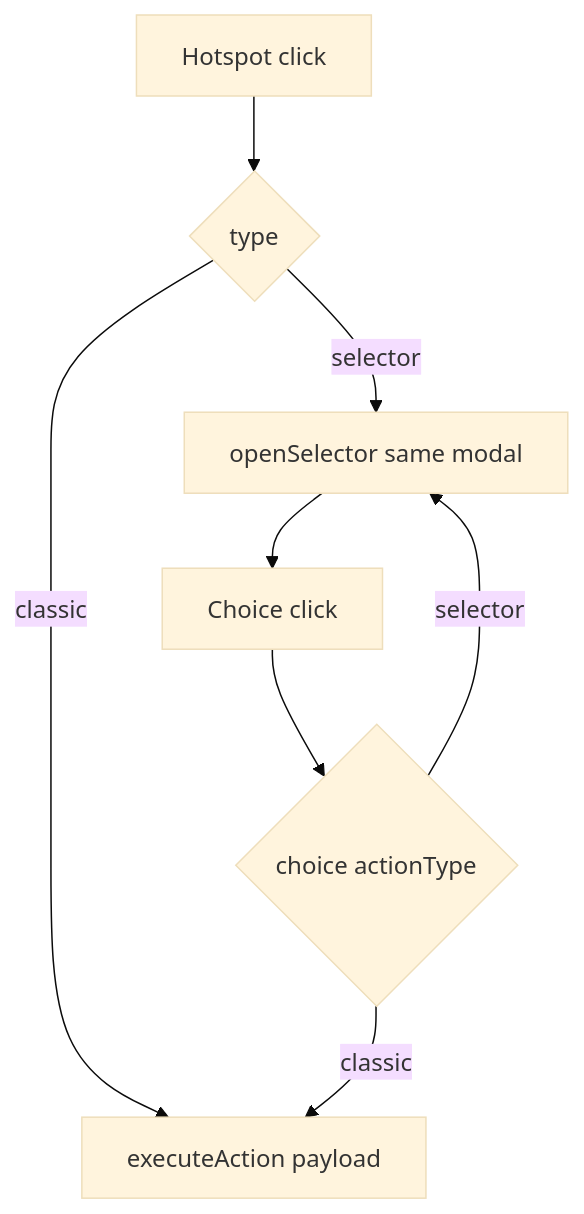
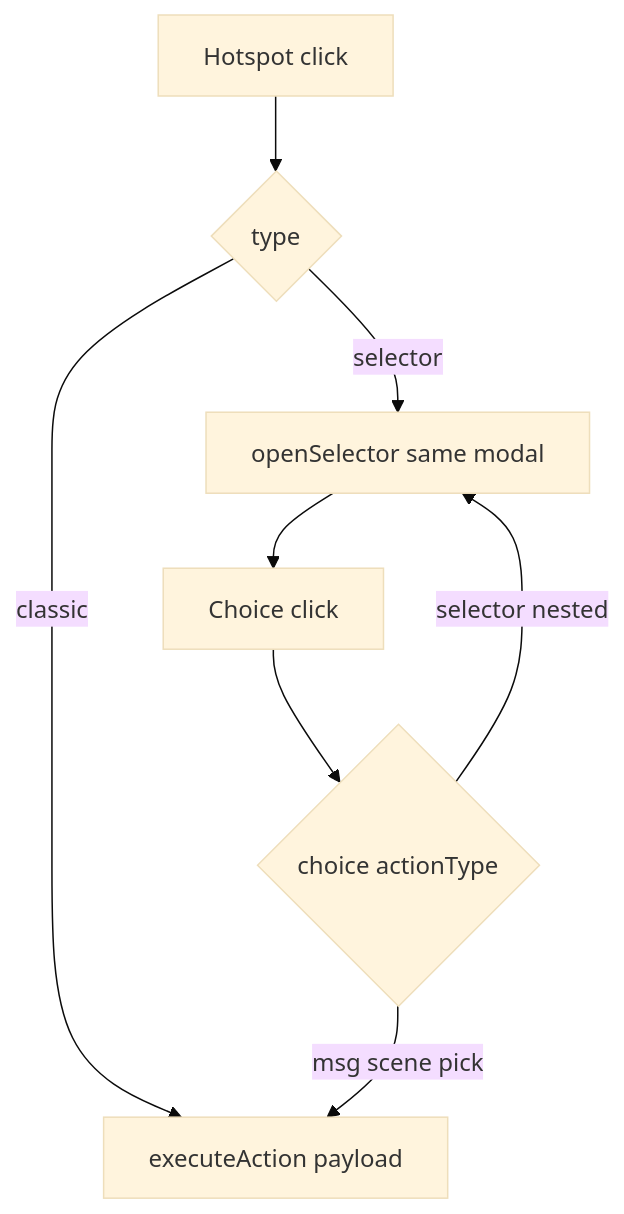
The third of 3 diagrams in docs/ARCHITECTURE.md (MentisVidus/escape-game-360-maker), drawn with Mermaid (base theme) before and after one commit. The commit also changed other lines of this file and 4 other files, not shown here.

````diff
--- a/docs/ARCHITECTURE.md
+++ b/docs/ARCHITECTURE.md
@@ -155,10 +177,10 @@
 ```mermaid
 flowchart TD
     A[Hotspot click] --> B{type}
     B -->|classic| C[executeAction payload]
     B -->|selector| D[openSelector same modal]
     D --> E[Choice click]
     E --> F{choice actionType}
-    F -->|classic| C
-    F -->|selector| D
+    F -->|msg scene pick| C
+    F -->|selector nested| D
 ```
````
